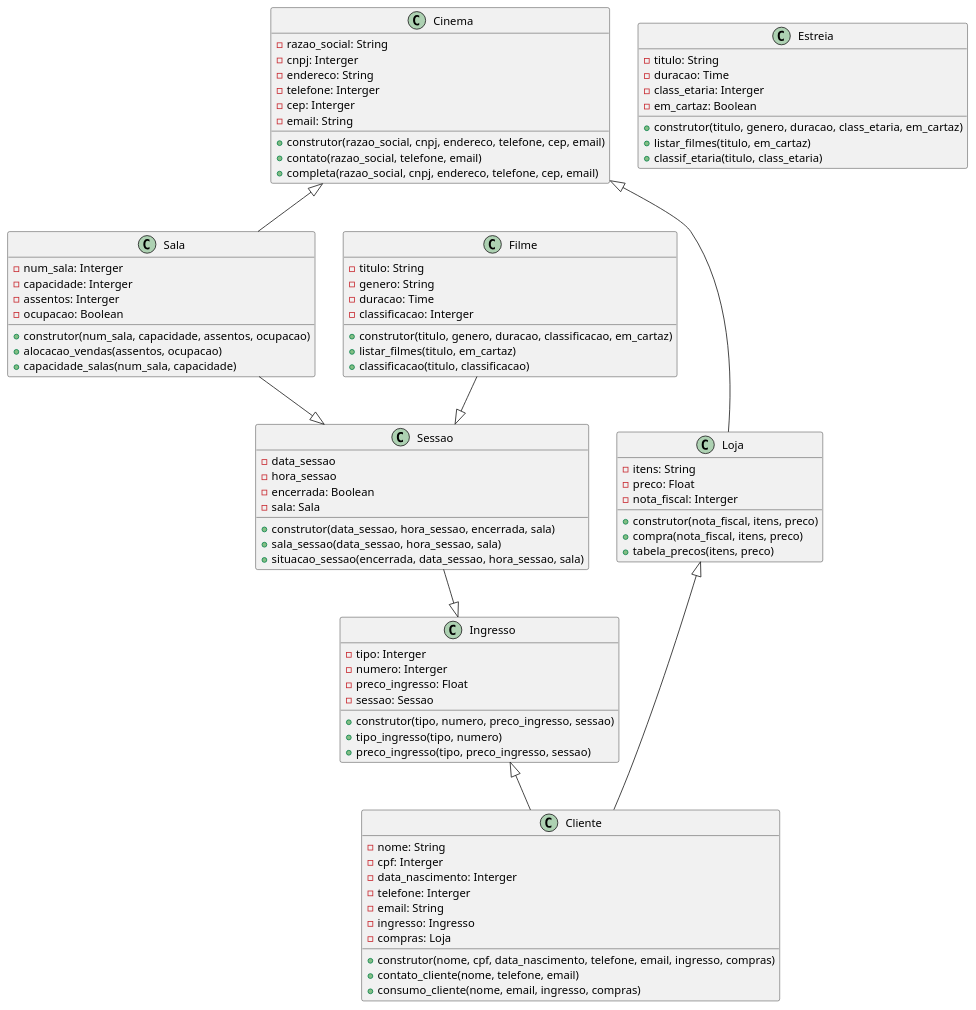
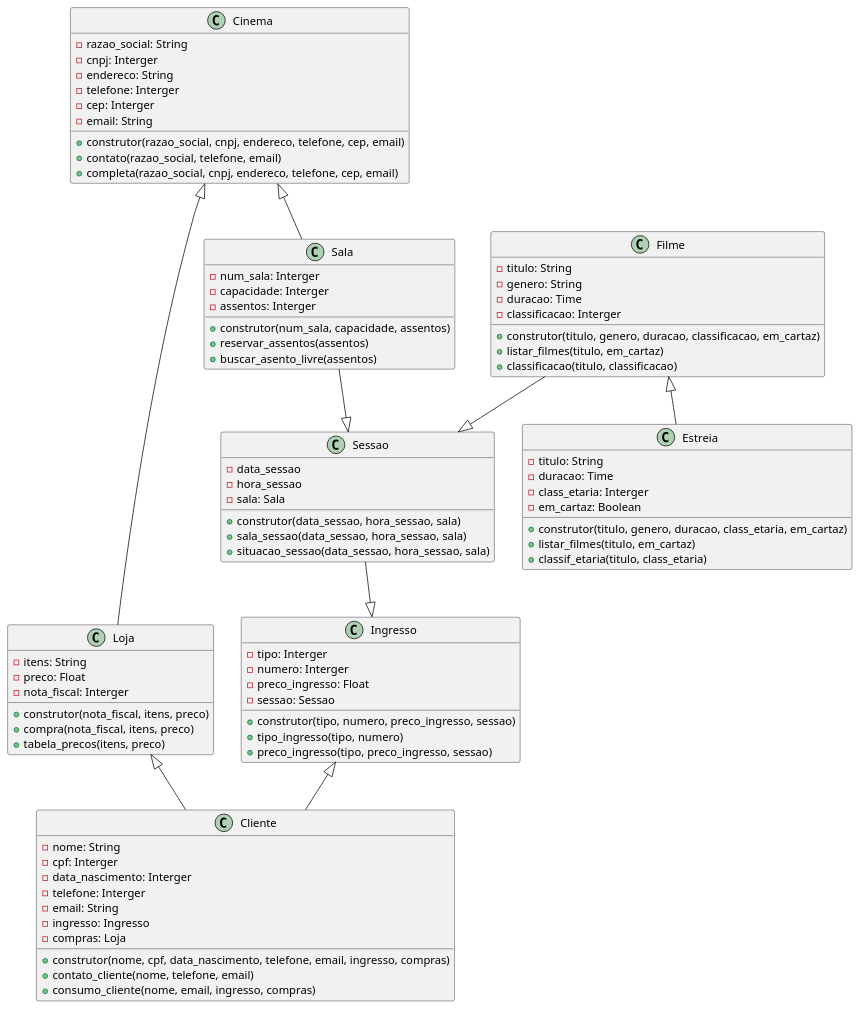
The diagram in cinema_grupo1.plantuml (anleaes/2023-1-N1-POO-01), drawn with PlantUML before and after one commit.

Commit message:
Ajustes Sala/Sessao+relacionamento filme-estreia

```diff
--- a/cinema_grupo1.plantuml
+++ b/cinema_grupo1.plantuml
@@ -1,94 +1,93 @@
 @startuml Diagrama Herança Cinema - Grupo 1
 class Cinema{
     - razao_social: String
     - cnpj: Interger 
     - endereco: String
     - telefone: Interger
     - cep: Interger
     - email: String
     + construtor(razao_social, cnpj, endereco, telefone, cep, email)
     + contato(razao_social, telefone, email)
     + completa(razao_social, cnpj, endereco, telefone, cep, email)
 }
 
 
 class Sala{
     - num_sala: Interger
     - capacidade: Interger
     - assentos: Interger
-    - ocupacao: Boolean
-    + construtor(num_sala, capacidade, assentos, ocupacao)
-    + alocacao_vendas(assentos, ocupacao)
-    + capacidade_salas(num_sala, capacidade)
+    + construtor(num_sala, capacidade, assentos)
+    + reservar_assentos(assentos)
+    + buscar_asento_livre(assentos)
 }
 
 class Sessao{
     - data_sessao
     - hora_sessao
-    - encerrada: Boolean
     - sala: Sala
-    + construtor(data_sessao, hora_sessao, encerrada, sala)
+    + construtor(data_sessao, hora_sessao, sala)
     + sala_sessao(data_sessao, hora_sessao, sala)
-    + situacao_sessao(encerrada, data_sessao, hora_sessao, sala)    
+    + situacao_sessao(data_sessao, hora_sessao, sala)      
 }
 
 class Loja{
     - itens: String
     - preco: Float
     - nota_fiscal: Interger
     + construtor(nota_fiscal, itens, preco)
     + compra(nota_fiscal, itens, preco)
     + tabela_precos(itens, preco)
 }
 
 class Ingresso{
     - tipo: Interger
     - numero: Interger
     - preco_ingresso: Float
     - sessao: Sessao
     + construtor(tipo, numero, preco_ingresso, sessao)
     + tipo_ingresso(tipo, numero)
     + preco_ingresso(tipo, preco_ingresso, sessao)
 }
 
 class Cliente{
     - nome: String
     - cpf: Interger
     - data_nascimento: Interger
     - telefone: Interger
     - email: String
     - ingresso: Ingresso
     - compras: Loja
     + construtor(nome, cpf, data_nascimento, telefone, email, ingresso, compras)
     + contato_cliente(nome, telefone, email)
     + consumo_cliente(nome, email, ingresso, compras)    
 }
 
 class Filme{
     - titulo: String
     - genero: String
     - duracao: Time
     - classificacao: Interger
     + construtor(titulo, genero, duracao, classificacao, em_cartaz)
     + listar_filmes(titulo, em_cartaz)
     + classificacao(titulo, classificacao)
 }
 
 class Estreia{
     - titulo: String
     - duracao: Time
     - class_etaria: Interger
     - em_cartaz: Boolean
     + construtor(titulo, genero, duracao, class_etaria, em_cartaz)
     + listar_filmes(titulo, em_cartaz)
     + classif_etaria(titulo, class_etaria)
 }
 
 Cinema <|-- Sala
 Sala --|> Sessao
 Filme --|> Sessao
+Filme <|-- Estreia
 Ingresso <|-- Cliente
 Cinema <|-- Loja
 Loja <|-- Cliente
 Sessao --|> Ingresso
 @enduml
```
